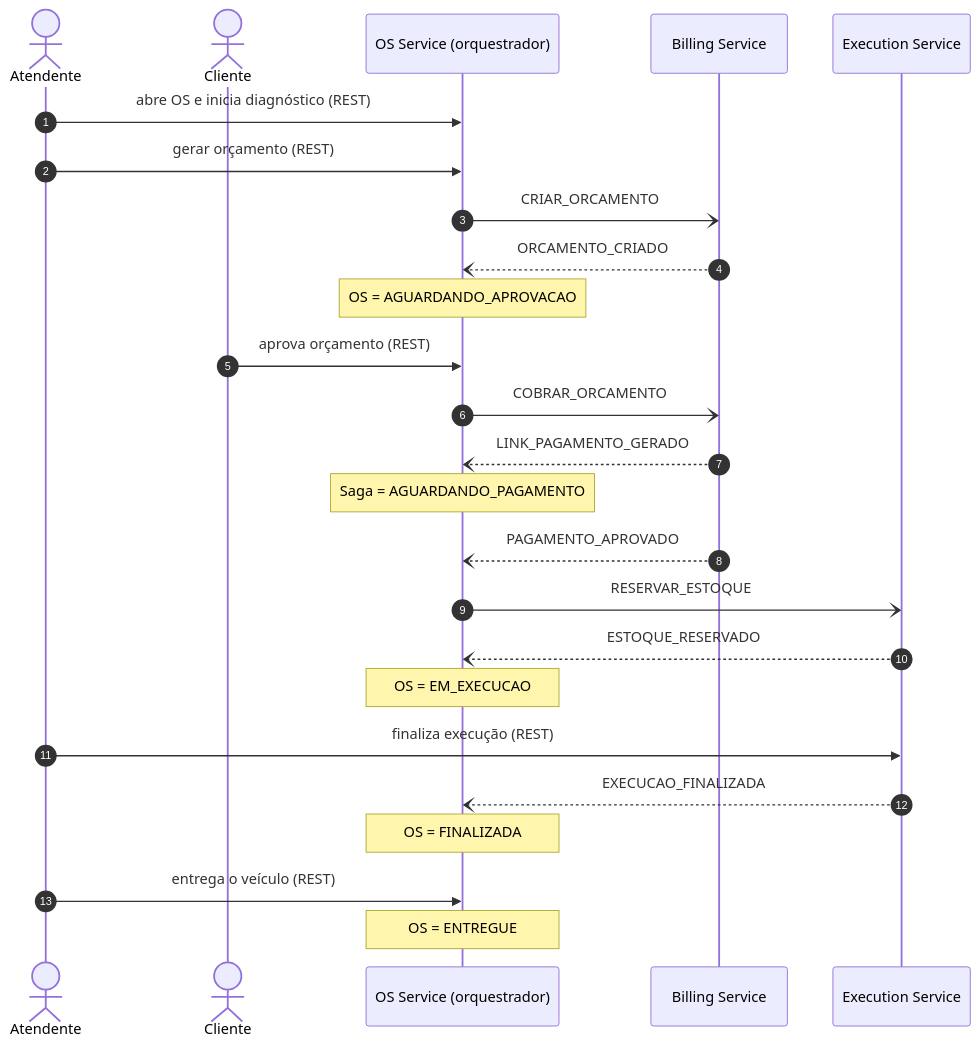
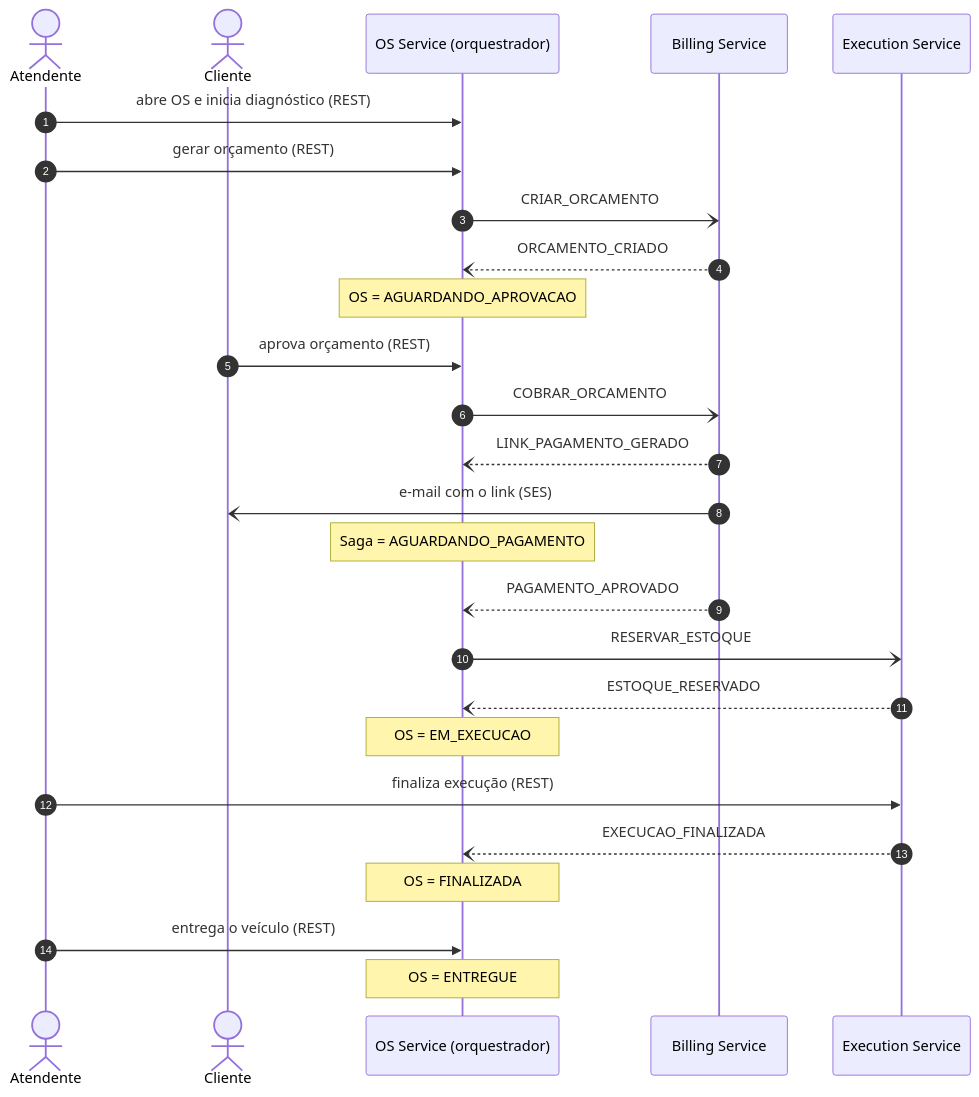
One commit to HDAdeveloper/oficina-billing-service changed the third of 7 diagrams in docs/entrega/relatorio-entrega.md. Above: the diagram before and after it, drawn with Mermaid. The commit also changed other lines of this file and 21 other files, not shown here.

````diff
--- a/docs/entrega/relatorio-entrega.md
+++ b/docs/entrega/relatorio-entrega.md
@@ -231,28 +232,29 @@
 ```mermaid
 sequenceDiagram
     autonumber
     actor Atendente
     actor Cliente
     participant OS as OS Service (orquestrador)
     participant B as Billing Service
     participant E as Execution Service
 
     Atendente->>OS: abre OS e inicia diagnóstico (REST)
     Atendente->>OS: gerar orçamento (REST)
     OS-)B: CRIAR_ORCAMENTO
     B--)OS: ORCAMENTO_CRIADO
     Note over OS: OS = AGUARDANDO_APROVACAO
     Cliente->>OS: aprova orçamento (REST)
     OS-)B: COBRAR_ORCAMENTO
     B--)OS: LINK_PAGAMENTO_GERADO
+    B-)Cliente: e-mail com o link (SES)
     Note over OS: Saga = AGUARDANDO_PAGAMENTO
     B--)OS: PAGAMENTO_APROVADO
     OS-)E: RESERVAR_ESTOQUE
     E--)OS: ESTOQUE_RESERVADO
     Note over OS: OS = EM_EXECUCAO
     Atendente->>E: finaliza execução (REST)
     E--)OS: EXECUCAO_FINALIZADA
     Note over OS: OS = FINALIZADA
     Atendente->>OS: entrega o veículo (REST)
     Note over OS: OS = ENTREGUE
 ```
````
